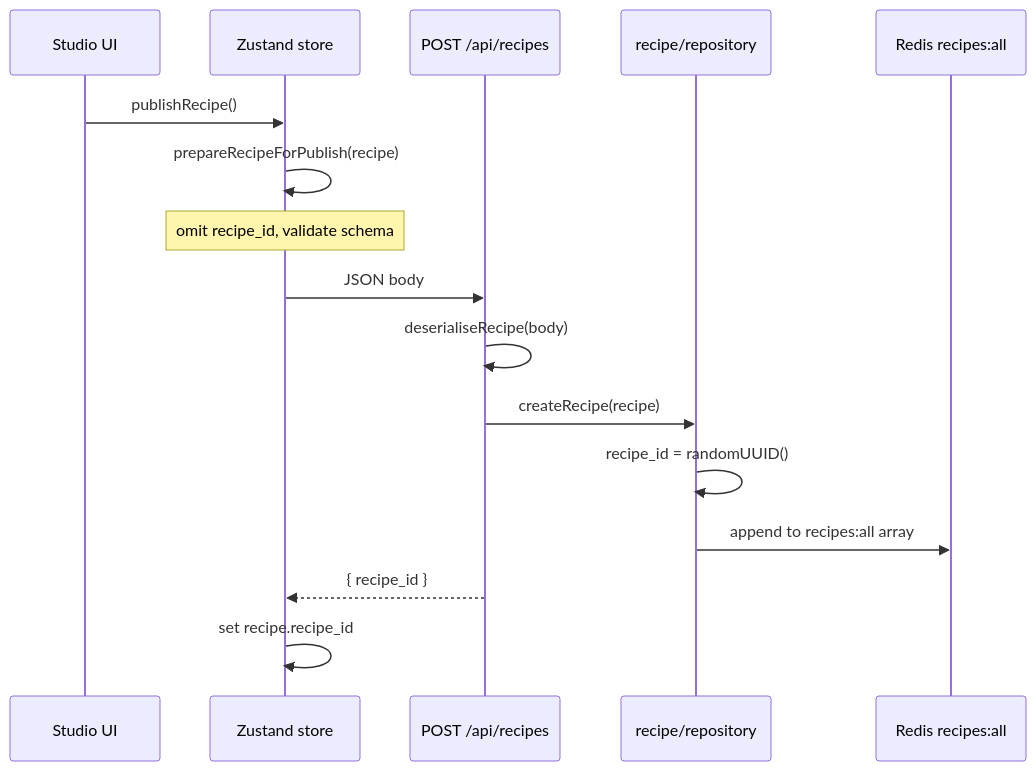
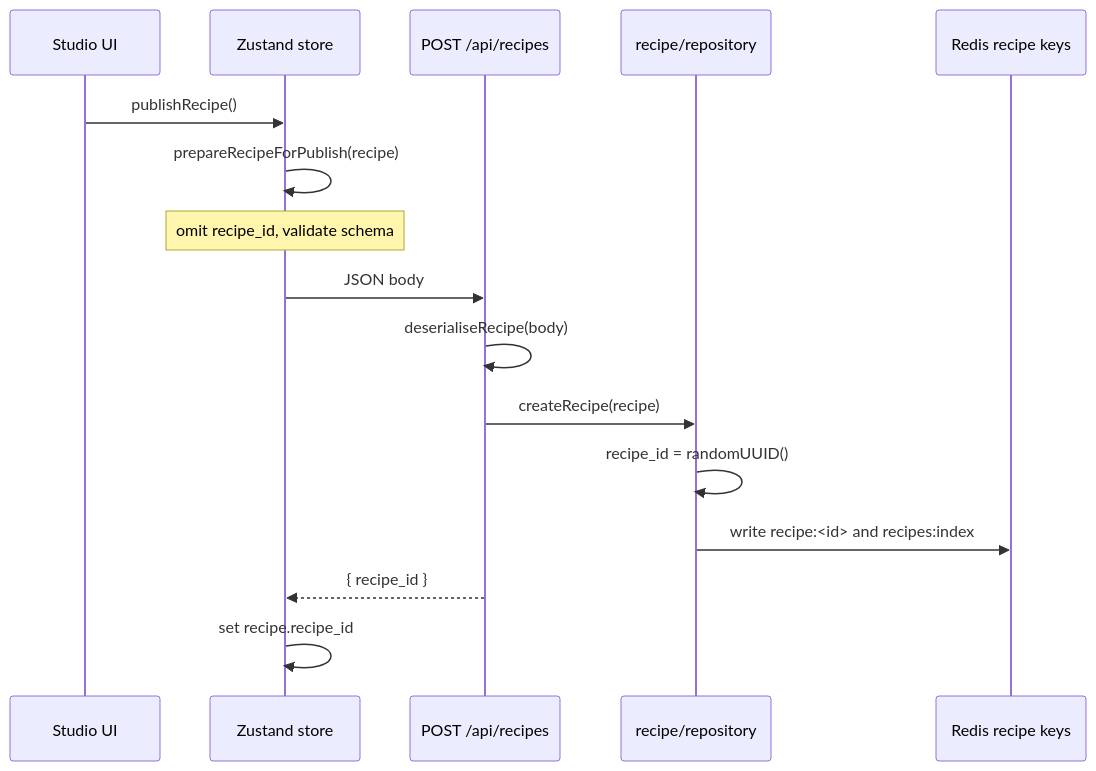
The diagram in docs/recipe-publishing.md (IshTale/CharacterForge), drawn with Mermaid before and after one commit. The commit also changed other lines of this file and 15 other files, not shown here.

````diff
--- a/docs/recipe-publishing.md
+++ b/docs/recipe-publishing.md
@@ -21,19 +23,19 @@
 ```mermaid
 sequenceDiagram
   participant UI as Studio UI
   participant Z as Zustand store
   participant API as POST /api/recipes
   participant Repo as recipe/repository
-  participant Redis as Redis recipes:all
+  participant Redis as Redis recipe keys
 
   UI->>Z: publishRecipe()
   Z->>Z: prepareRecipeForPublish(recipe)
   Note over Z: omit recipe_id, validate schema
   Z->>API: JSON body
   API->>API: deserialiseRecipe(body)
   API->>Repo: createRecipe(recipe)
   Repo->>Repo: recipe_id = randomUUID()
-  Repo->>Redis: append to recipes:all array
+  Repo->>Redis: write recipe:<id> and recipes:index
   API-->>Z: { recipe_id }
   Z->>Z: set recipe.recipe_id
 ```
````
